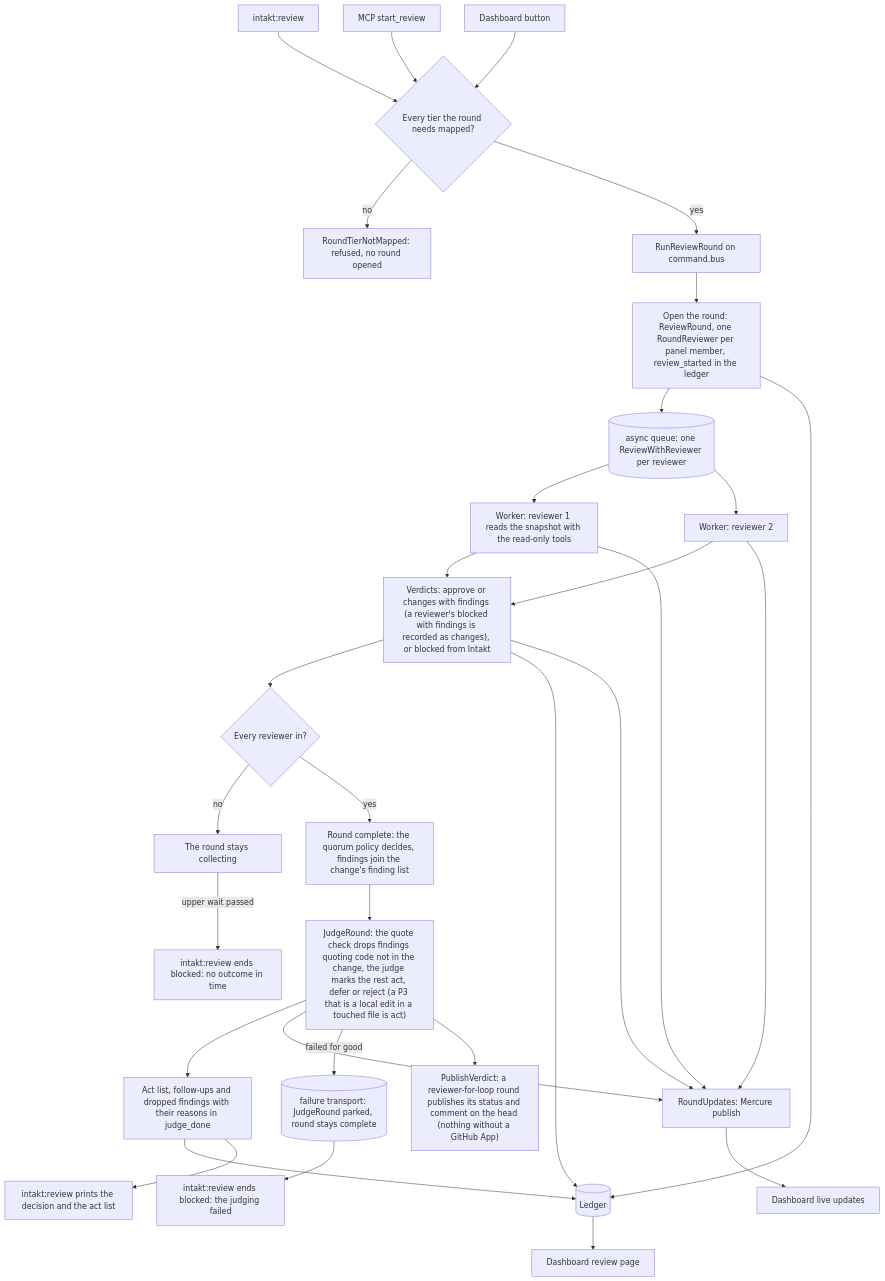
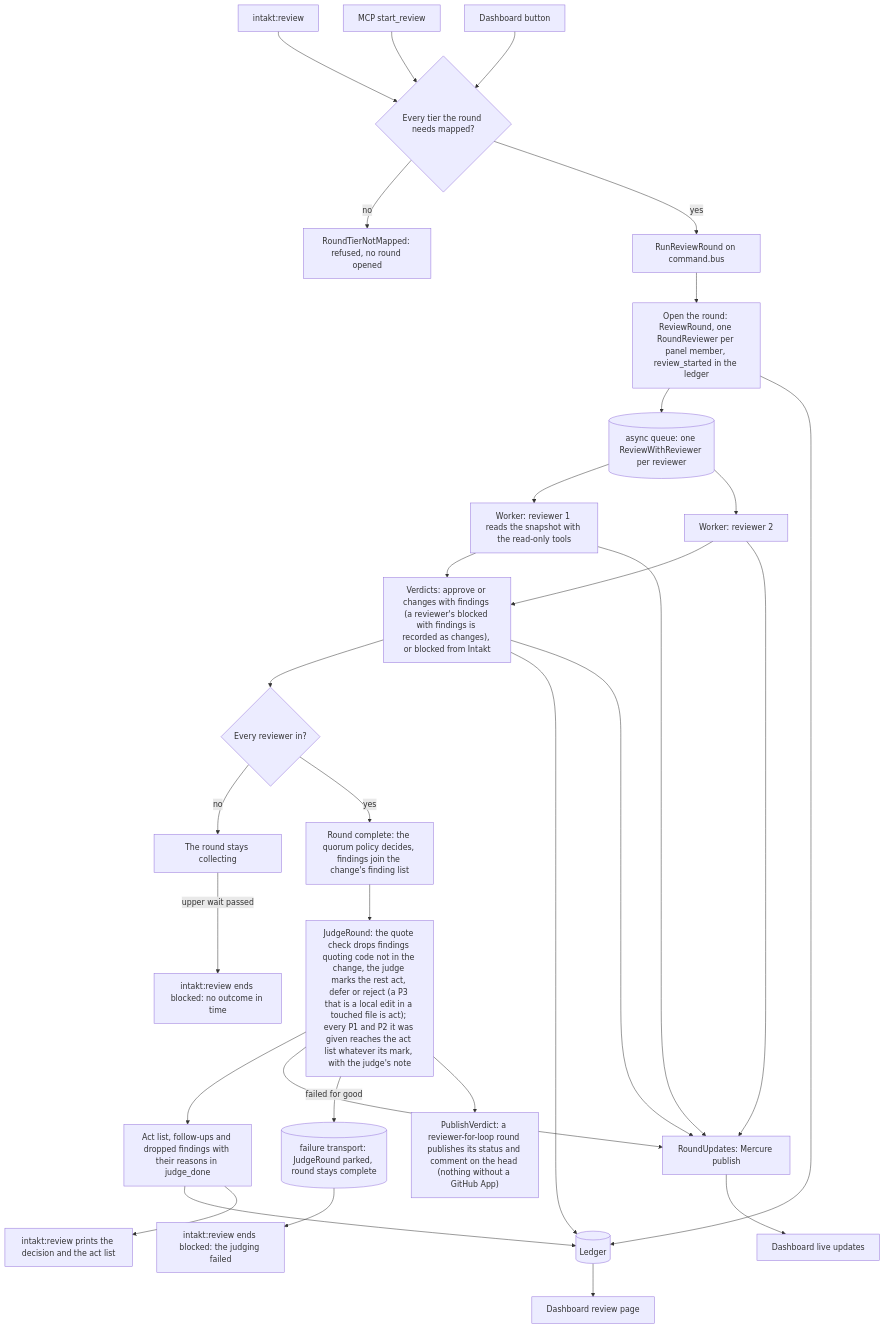
Before and after one commit to shinyredapples/intakt: the diagram in docs/architecture/review-flow.md, drawn with Mermaid. The commit also changed 6 other files, not shown here.

Commit message:
docs(review): describe the judge as sorting P3 findings, never removing a P1 or P2

````diff
--- a/docs/architecture/review-flow.md
+++ b/docs/architecture/review-flow.md
@@ -5,32 +5,32 @@
 ```mermaid
 flowchart TD
     cli["intakt:review"] --> start
     mcp["MCP start_review"] --> start
     btn["Dashboard button"] --> start
     start{"Every tier the round needs mapped?"} -->|no| refused["RoundTierNotMapped: refused, no round opened"]
     start -->|yes| run["RunReviewRound on command.bus"] --> open["Open the round: ReviewRound, one RoundReviewer per panel member, review_started in the ledger"]
     open --> queue[("async queue: one ReviewWithReviewer per reviewer")]
     queue --> w1["Worker: reviewer 1 reads the snapshot with the read-only tools"]
     queue --> w2["Worker: reviewer 2"]
     w1 --> verdicts["Verdicts: approve or changes with findings (a reviewer's blocked with findings is recorded as changes), or blocked from Intakt"]
     w2 --> verdicts
     verdicts --> complete{"Every reviewer in?"}
     complete -->|no| wait["The round stays collecting"]
     complete -->|yes| quorum["Round complete: the quorum policy decides, findings join the change's finding list"]
-    quorum --> judge["JudgeRound: the quote check drops findings quoting code not in the change, the judge marks the rest act, defer or reject (a P3 that is a local edit in a touched file is act)"]
+    quorum --> judge["JudgeRound: the quote check drops findings quoting code not in the change, the judge marks the rest act, defer or reject (a P3 that is a local edit in a touched file is act); every P1 and P2 it was given reaches the act list whatever its mark, with the judge's note"]
     judge --> act["Act list, follow-ups and dropped findings with their reasons in judge_done"]
     act --> ledger[("Ledger")]
     open --> ledger
     verdicts --> ledger
     ledger --> dash["Dashboard review page"]
     w1 --> updates["RoundUpdates: Mercure publish"]
     w2 --> updates
     verdicts --> updates
     judge --> updates
     updates --> live["Dashboard live updates"]
     act --> out["intakt:review prints the decision and the act list"]
     judge -->|failed for good| failed[("failure transport: JudgeRound parked, round stays complete")]
     failed --> outFailed["intakt:review ends blocked: the judging failed"]
     wait -->|upper wait passed| outLate["intakt:review ends blocked: no outcome in time"]
     judge --> publish["PublishVerdict: a reviewer-for-loop round publishes its status and comment on the head (nothing without a GitHub App)"]
 ```
````
